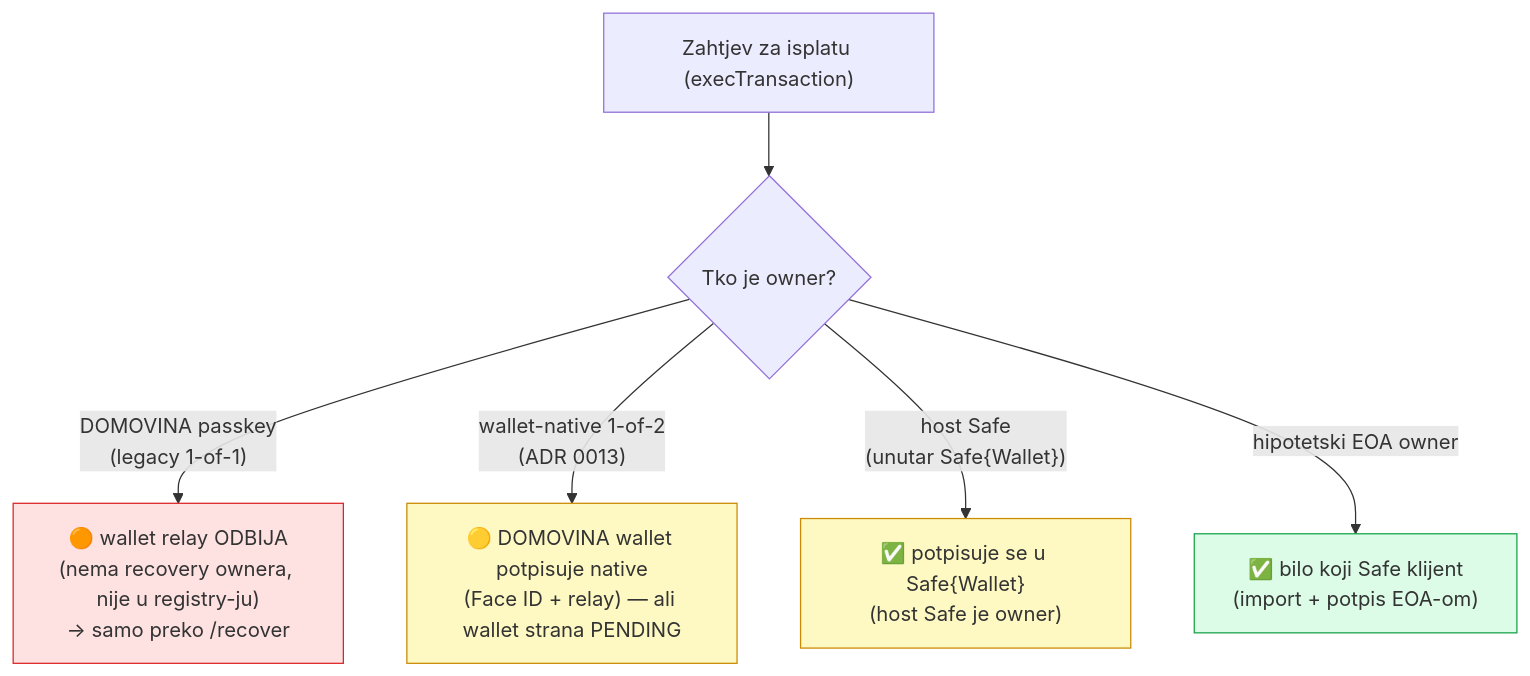
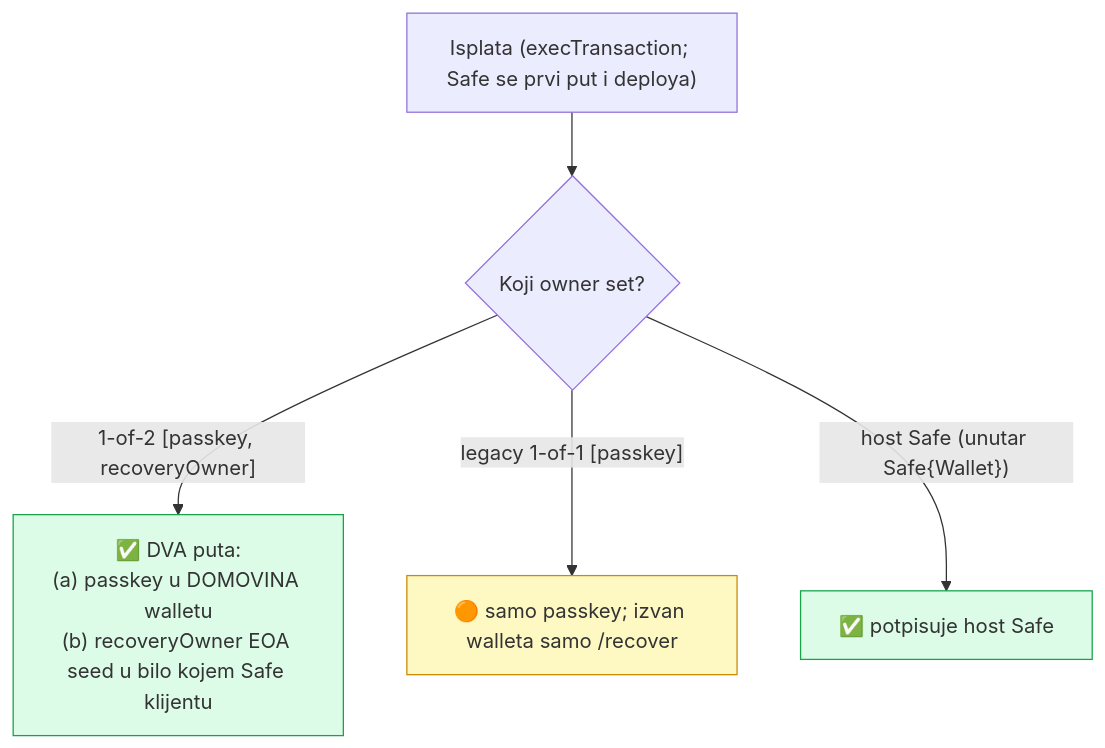
One commit to pinka-finance/mcp-automation changed the third of 6 diagrams in docs/campaign-safe-portability.md. Above: the diagram before and after it, drawn with Mermaid. The commit also changed other lines of this file, not shown here.

First line of the commit message:
docs(rev2): ispravak — recoveryOwner je korisnikov BIP39 EOA → 1-of-2 JE Safe-Mobile-prenosiv

````diff
--- a/docs/campaign-safe-portability.md
+++ b/docs/campaign-safe-portability.md
@@ -96,16 +87,12 @@
 ```mermaid
 flowchart TD
-    W["Zahtjev za isplatu (execTransaction)"] --> Q{"Tko je owner?"}
+    W["Isplata (execTransaction; Safe se prvi put i deploya)"] --> Q{"Koji owner set?"}
+    Q -->|"1-of-2 [passkey, recoveryOwner]"| OK2["✅ DVA puta:<br/>(a) passkey u DOMOVINA walletu<br/>(b) recoveryOwner EOA seed u bilo kojem Safe klijentu"]
+    Q -->|"legacy 1-of-1 [passkey]"| L["🟠 samo passkey; izvan walleta samo /recover"]
+    Q -->|"host Safe (unutar Safe{Wallet})"| H["✅ potpisuje host Safe"]
 
-    Q -->|"DOMOVINA passkey<br/>(legacy 1-of-1)"| L["🟠 wallet relay ODBIJA<br/>(nema recovery ownera, nije u registry-ju)<br/>→ samo preko /recover"]
-    Q -->|"wallet-native 1-of-2<br/>(ADR 0013)"| N["🟡 DOMOVINA wallet potpisuje native<br/>(Face ID + relay) — ali wallet strana PENDING"]
-    Q -->|"host Safe<br/>(unutar Safe{Wallet})"| H["✅ potpisuje se u Safe{Wallet}<br/>(host Safe je owner)"]
-    Q -->|"hipotetski EOA owner"| E["✅ bilo koji Safe klijent<br/>(import + potpis EOA-om)"]
-
-    classDef bad fill:#fee2e2,stroke:#dc2626;
+    classDef good fill:#dcfce7,stroke:#16a34a;
     classDef warn fill:#fef9c3,stroke:#ca8a04;
-    classDef good fill:#dcfce7,stroke:#16a34a;
-    class L bad;
-    class N,H warn;
-    class E good;
+    class OK2,H good;
+    class L warn;
 ```
````
